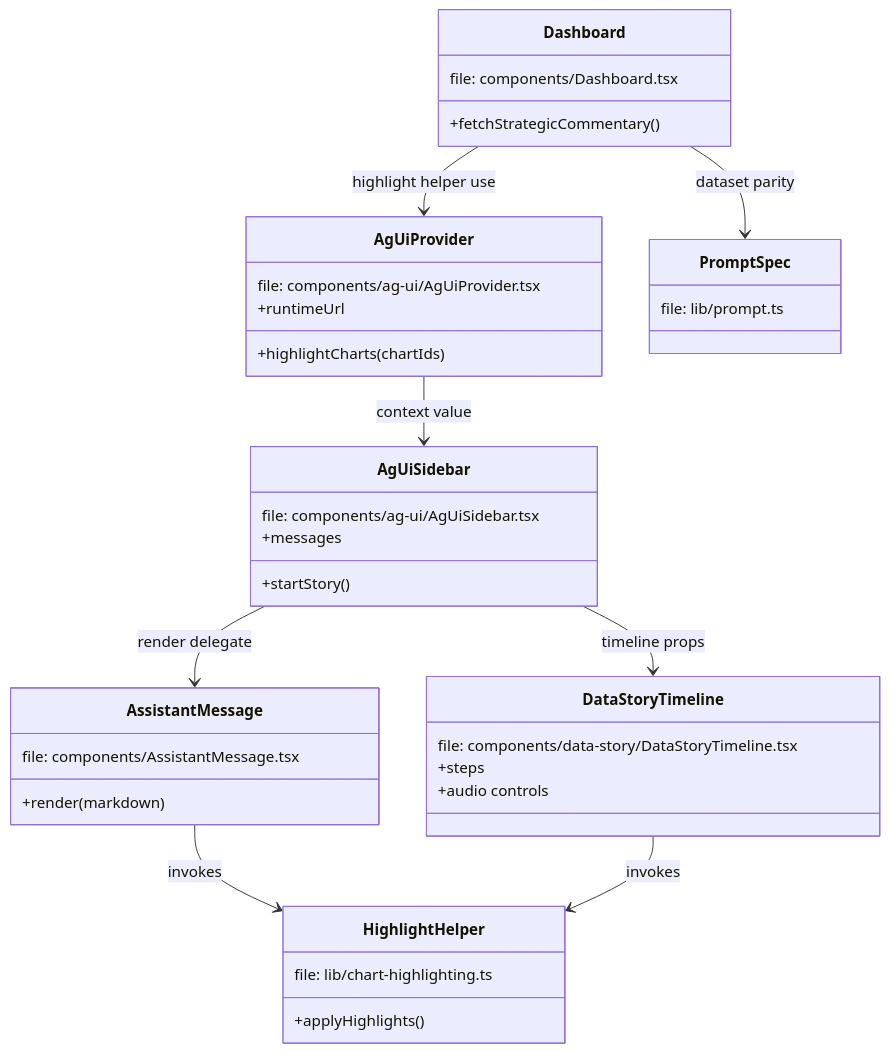
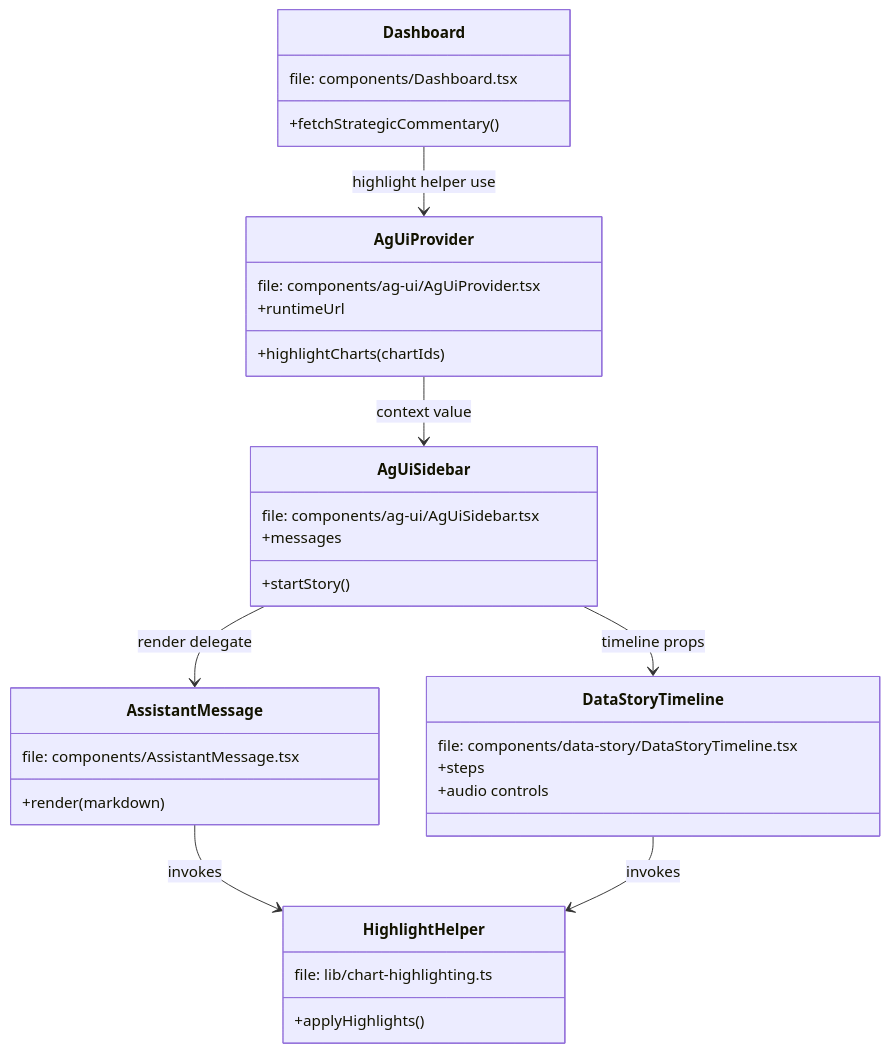
One commit to chris-han/CopilotKit changed the first of 6 diagrams in examples/copilot-chat-with-your-data/frontend/design-specs/technical_design_spec.md. Above: the diagram before and after it, drawn with Mermaid. The commit also changed other lines of this file and 10 other files, not shown here.

````diff
--- a/examples/copilot-chat-with-your-data/frontend/design-specs/technical_design_spec.md
+++ b/examples/copilot-chat-with-your-data/frontend/design-specs/technical_design_spec.md
@@ -36,40 +36,36 @@
 ```mermaid
 classDiagram
     class AgUiProvider {
         file: components/ag-ui/AgUiProvider.tsx
         +runtimeUrl
         +highlightCharts(chartIds)
     }
     class AgUiSidebar {
         file: components/ag-ui/AgUiSidebar.tsx
         +messages
         +startStory()
     }
     class AssistantMessage {
         file: components/AssistantMessage.tsx
         +render(markdown)
     }
     class Dashboard {
         file: components/Dashboard.tsx
         +fetchStrategicCommentary()
     }
     class DataStoryTimeline {
         file: components/data-story/DataStoryTimeline.tsx
         +steps
         +audio controls
     }
     class HighlightHelper {
         file: lib/chart-highlighting.ts
         +applyHighlights()
     }
-    class PromptSpec {
-        file: lib/prompt.ts
-    }
     AgUiProvider --> AgUiSidebar : context value
     AgUiSidebar --> AssistantMessage : render delegate
     AgUiSidebar --> DataStoryTimeline : timeline props
     AssistantMessage --> HighlightHelper : invokes
     DataStoryTimeline --> HighlightHelper : invokes
     Dashboard --> AgUiProvider : highlight helper use
-    Dashboard --> PromptSpec : dataset parity
 ```
````
